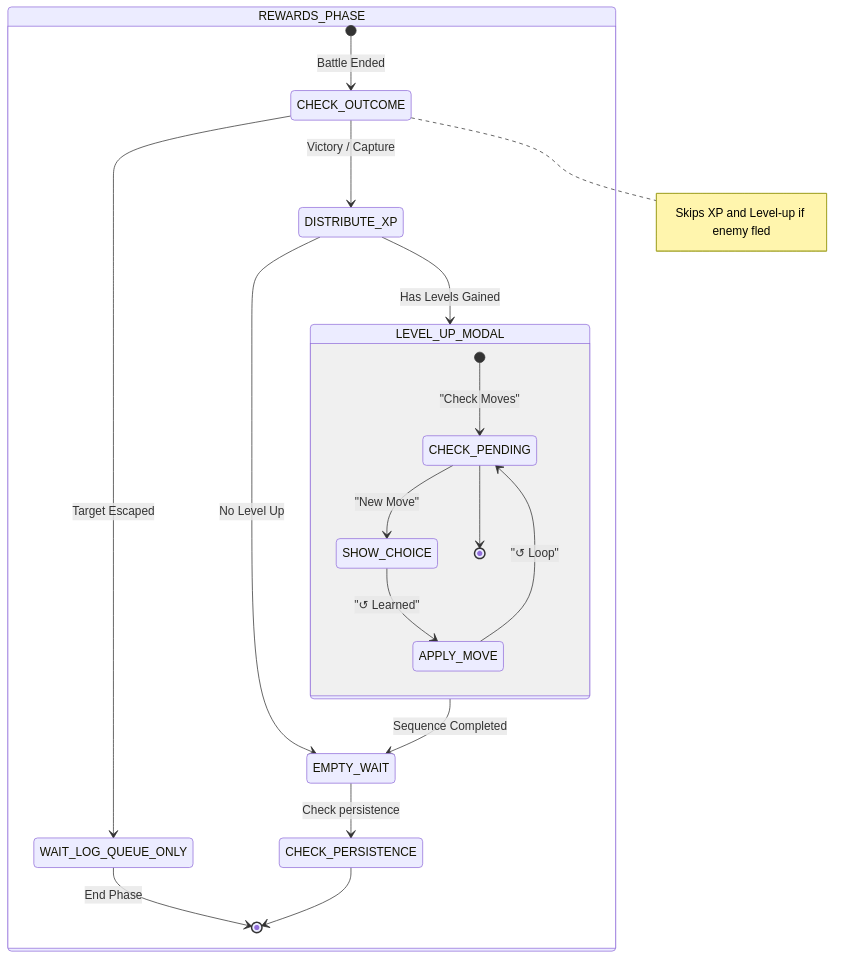
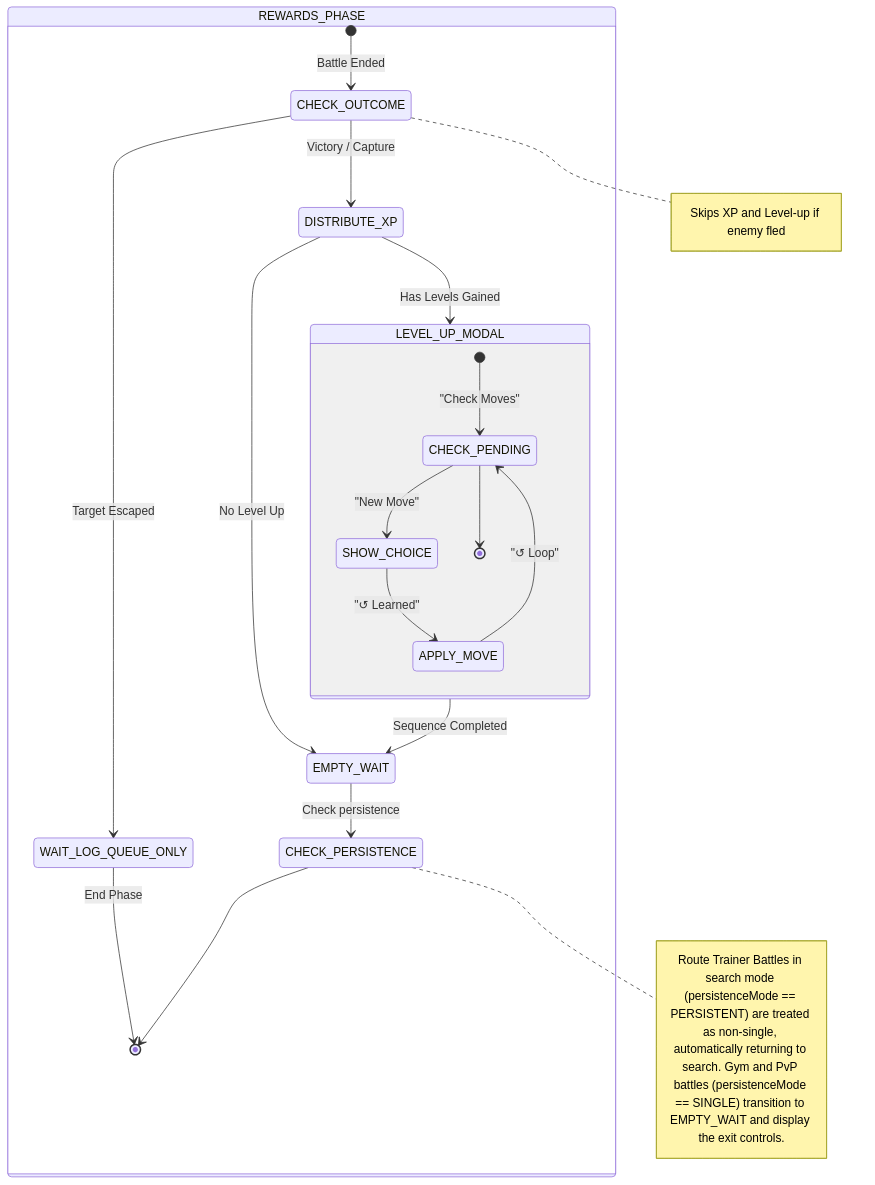
The tenth of 18 diagrams in .agents/skills/project-standards/references/battle/battle_mechanics_manual.md (Darkham77/PokeBorrador), drawn with Mermaid before and after one commit. The commit also changed other lines of this file and 3049 other files, not shown here.

````diff
--- a/.agents/skills/project-standards/references/battle/battle_mechanics_manual.md
+++ b/.agents/skills/project-standards/references/battle/battle_mechanics_manual.md
@@ -621,30 +632,32 @@
 ```mermaid
 stateDiagram-v2
     state REWARDS_PHASE {
         [*] --> CHECK_OUTCOME : Battle Ended
         state CHECK_OUTCOME <<choice>>
-        
+
         CHECK_OUTCOME --> DISTRIBUTE_XP : Victory / Capture
         CHECK_OUTCOME --> WAIT_LOG_QUEUE_ONLY : Target Escaped
-        
+
         DISTRIBUTE_XP --> LEVEL_UP_MODAL : Has Levels Gained
         DISTRIBUTE_XP --> EMPTY_WAIT : No Level Up
-        
+
         state LEVEL_UP_MODAL {
             [*] --> CHECK_PENDING: "Check Moves"
             CHECK_PENDING --> SHOW_CHOICE: "New Move"
             SHOW_CHOICE --> APPLY_MOVE: "↺ Learned"
             APPLY_MOVE --> CHECK_PENDING: "↺ Loop"
             CHECK_PENDING --> [*]
         }
-        
+
         LEVEL_UP_MODAL --> EMPTY_WAIT : Sequence Completed
         WAIT_LOG_QUEUE_ONLY --> [*] : End Phase
-        
+
         EMPTY_WAIT --> CHECK_PERSISTENCE : Check persistence
         state CHECK_PERSISTENCE <<choice>>
         CHECK_PERSISTENCE --> [*]
     }
-    
+
     note right of CHECK_OUTCOME: Skips XP and Level-up if enemy fled
+    note right of CHECK_PERSISTENCE: Route Trainer Battles in search mode (persistenceMode == PERSISTENT) are treated as non-single, automatically returning to search. Gym and PvP battles (persistenceMode == SINGLE) transition to EMPTY_WAIT and display the exit controls.
+
 ```
````
